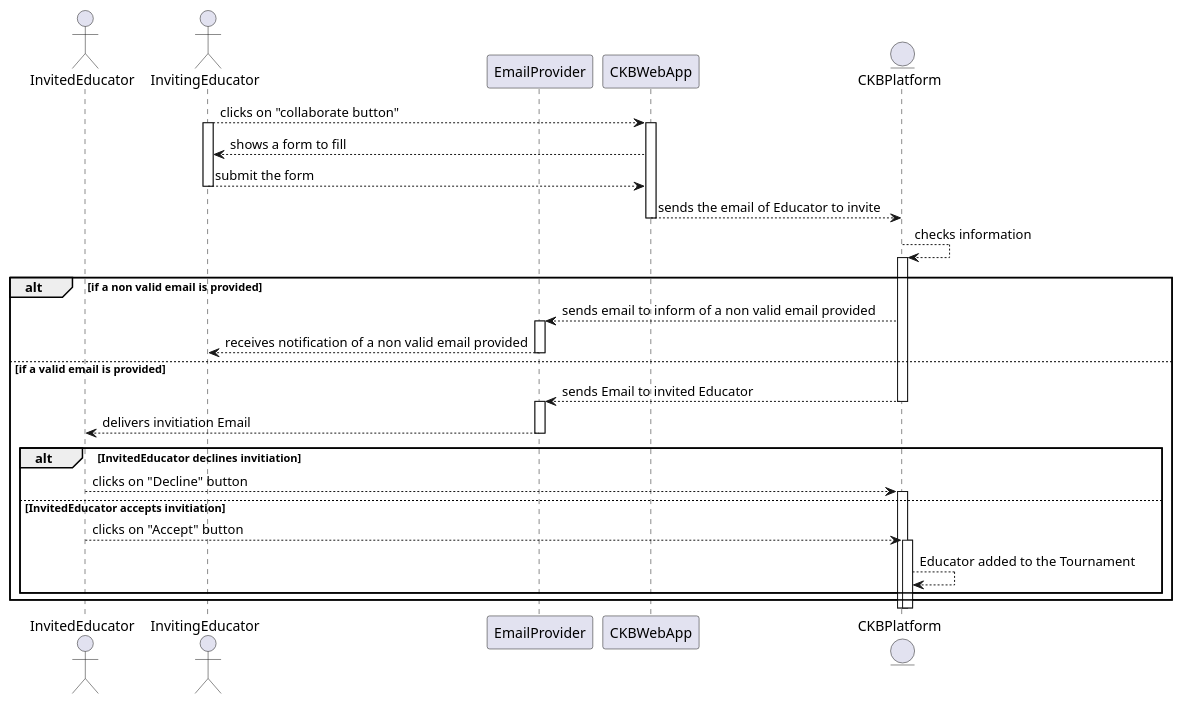
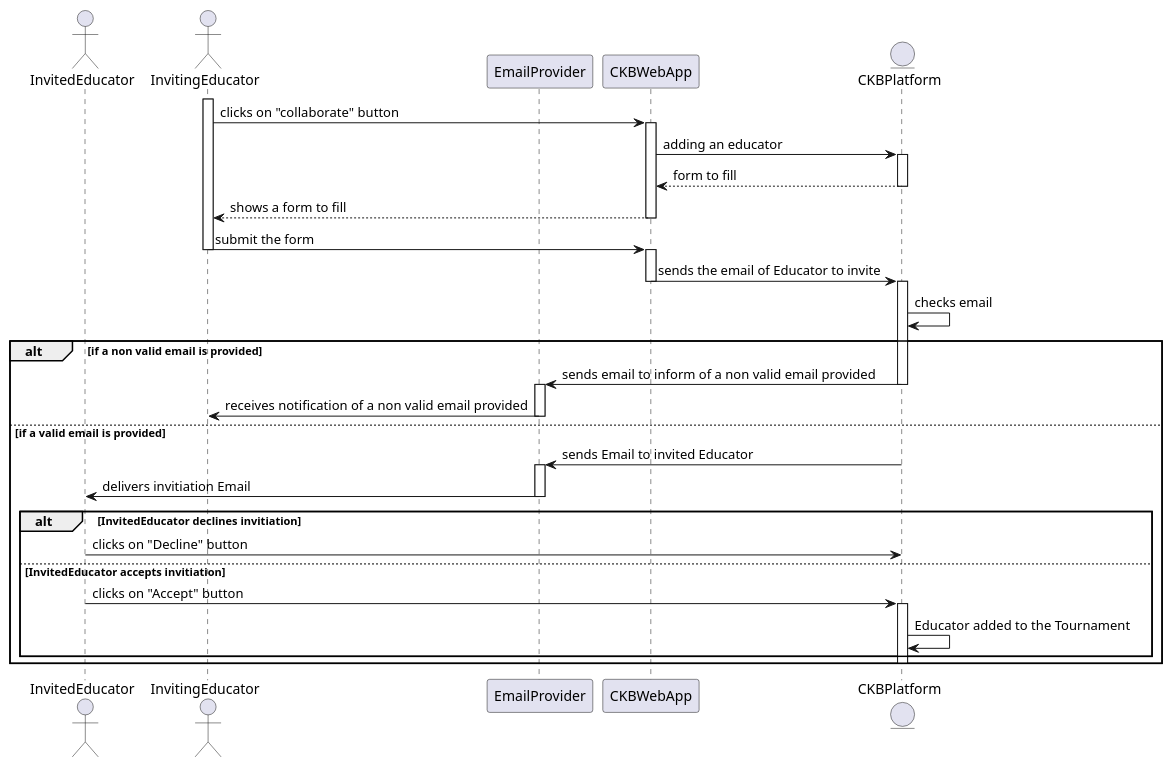
The diagram in _RASD/Images/UML/sequenceDiagram/sequenceDiagramUC4a.wsd (Angelo7672/SE2_Requirement-and-Design-Document), drawn with PlantUML before and after one commit. The commit also changed 24 other files, not shown here.

Commit message:
sequence diagram fix

```diff
--- a/_RASD/Images/UML/sequenceDiagram/sequenceDiagramUC4a.wsd
+++ b/_RASD/Images/UML/sequenceDiagram/sequenceDiagramUC4a.wsd
@@ -1,38 +1,50 @@
 @startuml
+
+
+
 actor InvitedEducator as UB
 actor InvitingEducator as UA
 participant EmailProvider as E
 participant CKBWebApp as A
 entity CKBPlatform as P
 
-UA--->A: clicks on "collaborate button"
 activate UA
+UA -> A: clicks on "collaborate" button
 activate A
-UA<---A: shows a form to fill 
-UA--->A: submit the form
+A -> P: adding an educator
+activate P
+P --> A: form to fill
+deactivate P
+UA <-- A: shows a form to fill 
+deactivate A
+UA -> A: submit the form
 deactivate UA
-A---->P: sends the email of Educator to invite
+activate A
+A -> P: sends the email of Educator to invite
 deactivate A
- P-->P: checks information
+activate P
+P -> P: checks email
+
 alt if a non valid email is provided
-    activate P
-    P-->E: sends email to inform of a non valid email provided
+    P -> E: sends email to inform of a non valid email provided
+    deactivate P
     activate E
-    E-->UA: receives notification of a non valid email provided
+    E -> UA: receives notification of a non valid email provided
     deactivate E
 else if a valid email is provided
-P---->E: sends Email to invited Educator
-deactivate P
-activate E
-E---->UB: delivers invitiation Email
-deactivate E
-alt InvitedEducator declines invitiation
-    UB--->P: clicks on "Decline" button
-    activate P
-else InvitedEducator accepts invitiation
-    UB--->P: clicks on "Accept" button
-    activate P
-    P--->P: Educator added to the Tournament
+    P -> E: sends Email to invited Educator
+    activate E
+    E -> UB: delivers invitiation Email
+    deactivate E
+
+    alt InvitedEducator declines invitiation
+        UB -> P: clicks on "Decline" button
+    else InvitedEducator accepts invitiation
+        UB -> P: clicks on "Accept" button
+        activate P
+        P -> P: Educator added to the Tournament
+    end
+    deactivate P
 end 
-end 
+
 @enduml
```
